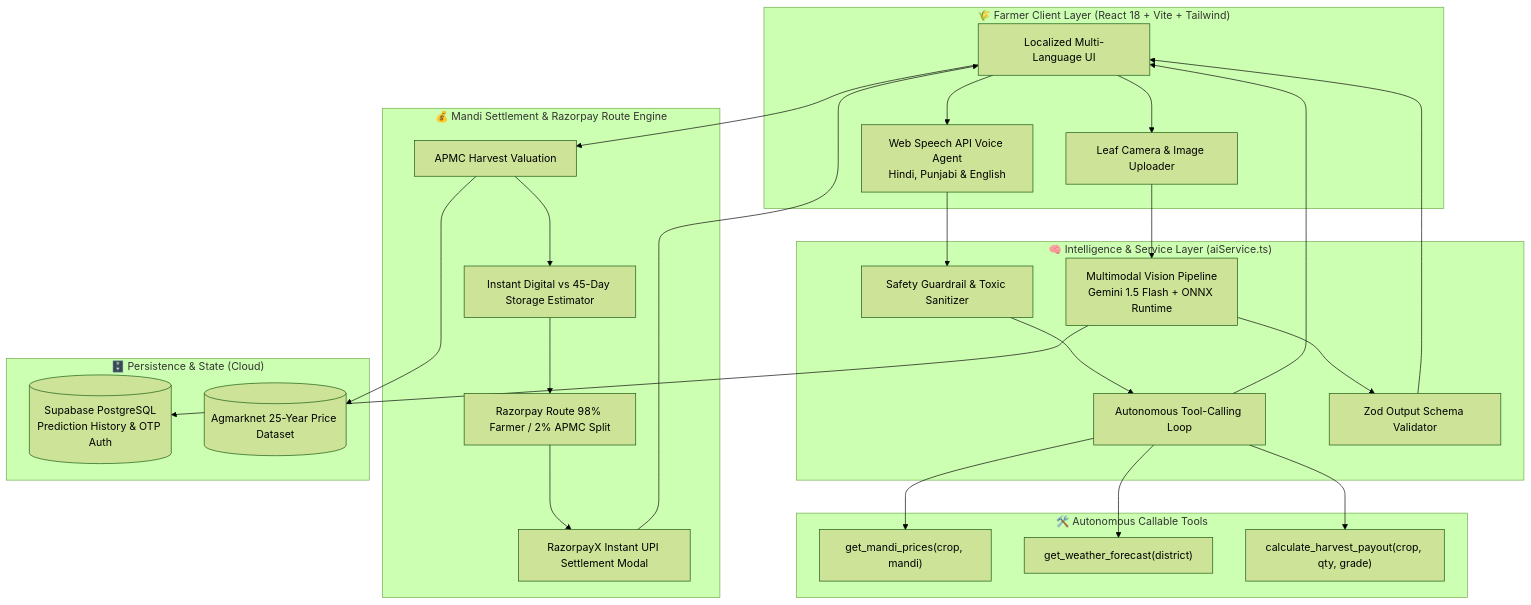
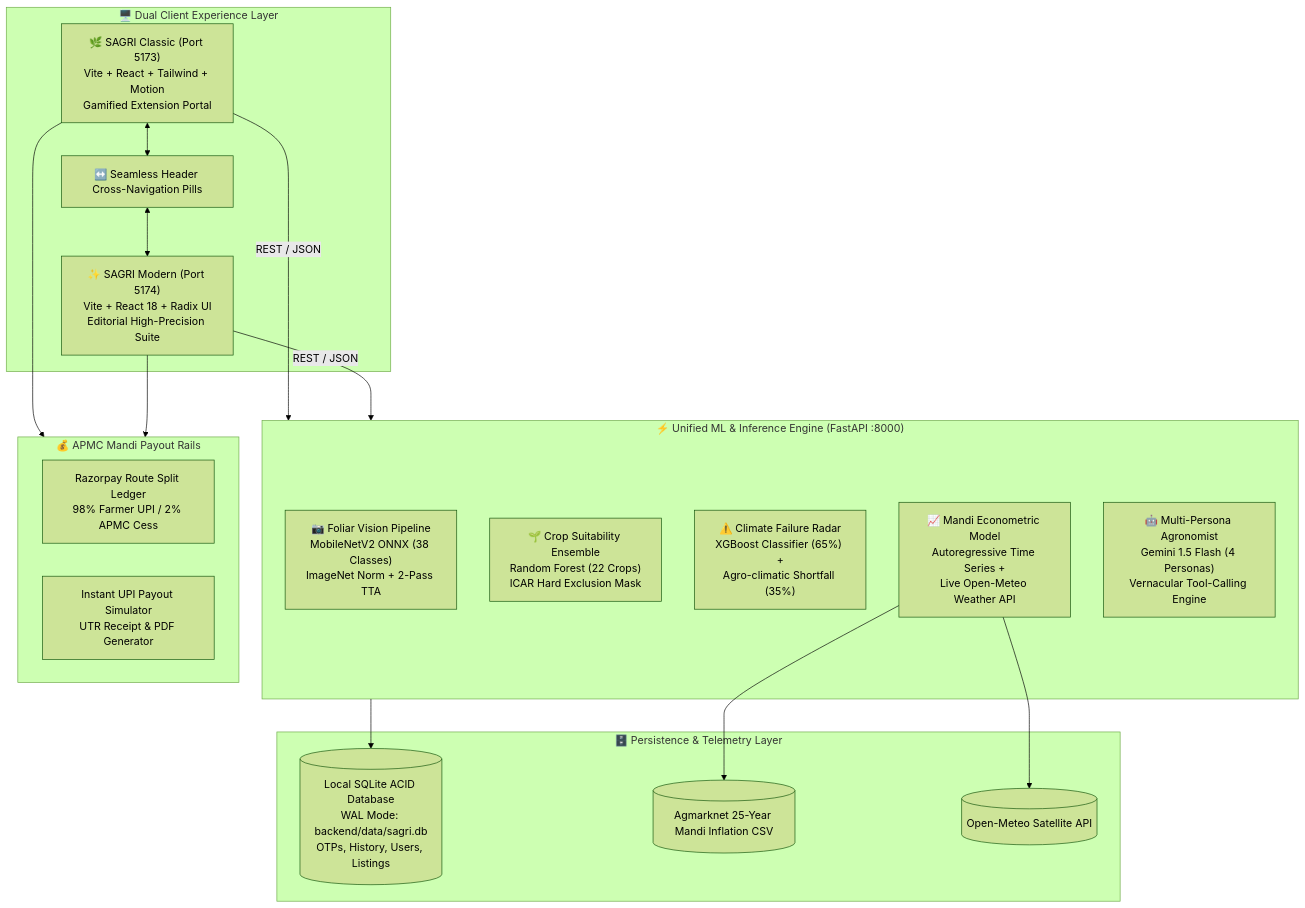
One commit to Shikhar-Kesharwani/sagri_final changed the diagram in README.md. Above: the diagram before and after it, drawn with Mermaid (forest theme). The commit also changed other lines of this file, not shown here.

Commit message:
docs: comprehensive update of README.md reflecting dual-platform, unmanipulated ML models, and SQLite persistence

````diff
--- a/README.md
+++ b/README.md
@@ -36,46 +39,36 @@
 ```mermaid
 flowchart TD
-    subgraph Farmer Experience ["🌾 Farmer Client Layer (React 18 + Vite + Tailwind)"]
-        UI[Localized Multi-Language UI]
-        Voice[Web Speech API Voice Agent<br/>Hindi, Punjabi & English]
-        Upload[Leaf Camera & Image Uploader]
+    subgraph ClientLayer ["🖥️ Dual Client Experience Layer"]
+        Classic["🌿 SAGRI Classic (Port 5173)<br/>Vite + React + Tailwind + Motion<br/>Gamified Extension Portal"]
+        Modern["✨ SAGRI Modern (Port 5174)<br/>Vite + React 18 + Radix UI<br/>Editorial High-Precision Suite"]
+        CrossNav["↔️ Seamless Header Cross-Navigation Pills"]
+        Classic <--> CrossNav <--> Modern
     end
 
-    subgraph Intelligence ["🧠 Intelligence & Service Layer (aiService.ts)"]
-        Guard[Safety Guardrail & Toxic Sanitizer]
-        AgentLoop[Autonomous Tool-Calling Loop]
-        ZodEngine[Zod Output Schema Validator]
-        VisionAI[Multimodal Vision Pipeline<br/>Gemini 1.5 Flash + ONNX Runtime]
+    subgraph BackendLayer ["⚡ Unified ML & Inference Engine (FastAPI :8000)"]
+        Vision["📷 Foliar Vision Pipeline<br/>MobileNetV2 ONNX (38 Classes)<br/>ImageNet Norm + 2-Pass TTA"]
+        CropRec["🌱 Crop Suitability Ensemble<br/>Random Forest (22 Crops)<br/>ICAR Hard Exclusion Mask"]
+        RiskRadar["⚠️ Climate Failure Radar<br/>XGBoost Classifier (65%) +<br/>Agro-climatic Shortfall (35%)"]
+        PriceFC["📈 Mandi Econometric Model<br/>Autoregressive Time Series +<br/>Live Open-Meteo Weather API"]
+        LLMAgent["🤖 Multi-Persona Agronomist<br/>Gemini 1.5 Flash (4 Personas)<br/>Vernacular Tool-Calling Engine"]
     end
 
-    subgraph Tools ["🛠️ Autonomous Callable Tools"]
-        T1["get_mandi_prices(crop, mandi)"]
-        T2["get_weather_forecast(district)"]
-        T3["calculate_harvest_payout(crop, qty, grade)"]
+    subgraph DataPersistence ["🗄️ Persistence & Telemetry Layer"]
+        SQLite[(Local SQLite ACID Database<br/>WAL Mode: backend/data/sagri.db<br/>OTPs, History, Users, Listings)]
+        Agmarknet[(Agmarknet 25-Year Mandi Inflation CSV)]
+        WeatherAPI[(Open-Meteo Satellite API)]
     end
 
-    subgraph Fintech ["💰 Mandi Settlement & Razorpay Route Engine"]
-        MandiCalc[APMC Harvest Valuation]
-        StrategyComp[Instant Digital vs 45-Day Storage Estimator]
-        RzpRoute[Razorpay Route 98% Farmer / 2% APMC Split]
-        RzpEngine[RazorpayX Instant UPI Settlement Modal]
+    subgraph FintechMandi ["💰 APMC Mandi Payout Rails"]
+        RzpRoute["Razorpay Route Split Ledger<br/>98% Farmer UPI / 2% APMC Cess"]
+        InstantPay["Instant UPI Payout Simulator<br/>UTR Receipt & PDF Generator"]
     end
 
-    subgraph Data ["🗄️ Persistence & State (Cloud)"]
-        Supabase[(Supabase PostgreSQL<br/>Prediction History & OTP Auth)]
-        Agmarknet[(Agmarknet 25-Year Price Dataset)]
-    end
-
-    UI --> Voice
-    UI --> Upload
-    Voice --> Guard --> AgentLoop
-    AgentLoop --> T1
-    AgentLoop --> T2
-    AgentLoop --> T3
-    Upload --> VisionAI --> ZodEngine --> UI
-    AgentLoop --> UI
-    UI --> MandiCalc --> StrategyComp --> RzpRoute --> RzpEngine
-    VisionAI --> Supabase
-    MandiCalc --> Agmarknet
-    RzpEngine --> UI
+    Classic -->|REST / JSON| BackendLayer
+    Modern -->|REST / JSON| BackendLayer
+    BackendLayer --> SQLite
+    PriceFC --> Agmarknet
+    PriceFC --> WeatherAPI
+    Classic --> FintechMandi
+    Modern --> FintechMandi
 ```
````
